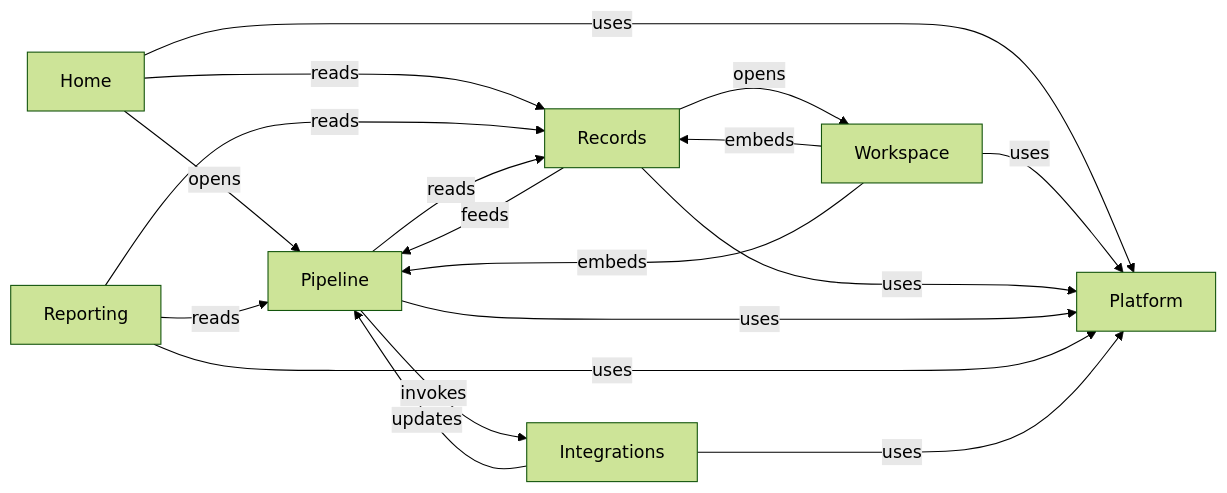
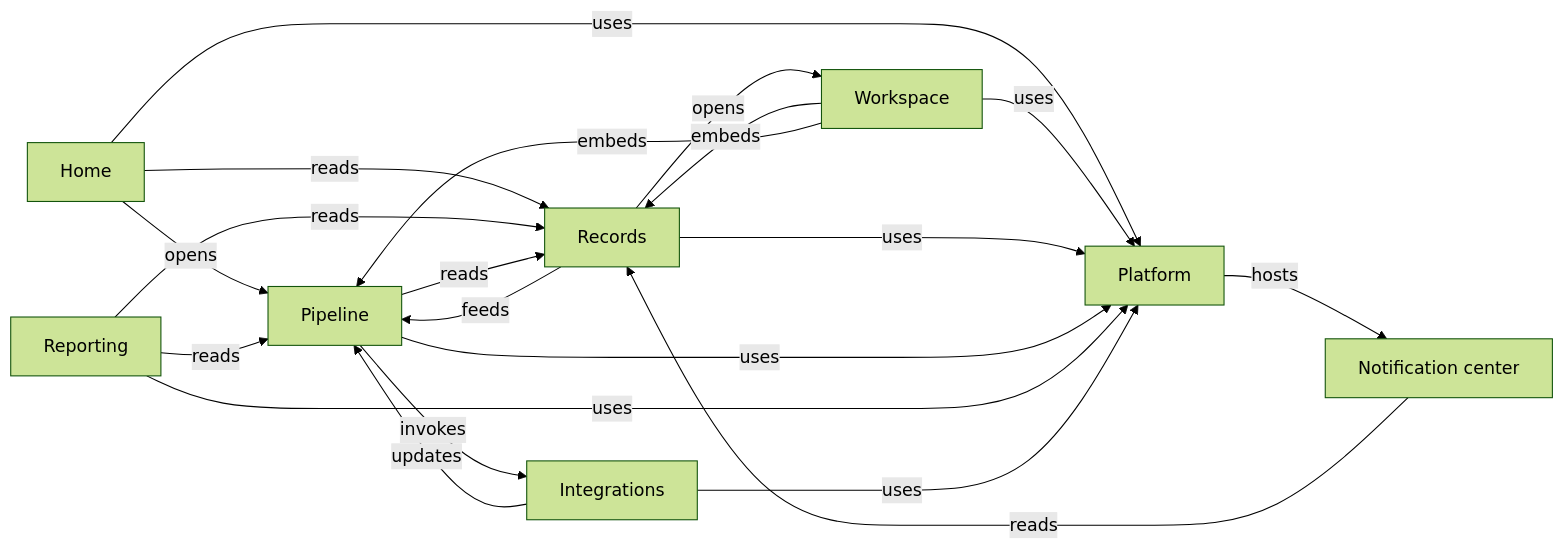
Before and after one commit to KTthanaphat/Recruitment_website: the diagram in docs/maps/SYSTEM_MAP.md, drawn with Mermaid (forest theme). The commit also changed 84 other files, not shown here.

Commit message:
Add recruitment notifications and refine records workflows

````diff
--- a/docs/maps/SYSTEM_MAP.md
+++ b/docs/maps/SYSTEM_MAP.md
@@ -15,20 +15,22 @@
 ```mermaid
 flowchart LR
   Home -->|opens| Pipeline
   Home -->|reads| Records
   Workspace -->|embeds| Records
   Workspace -->|embeds| Pipeline
   Records -->|opens| Workspace
   Records -->|feeds| Pipeline
   Reporting -->|reads| Records
   Reporting -->|reads| Pipeline
   Pipeline -->|reads| Records
   Pipeline -->|invokes| Integrations
   Integrations -->|updates| Pipeline
   Home -->|uses| Platform
   Workspace -->|uses| Platform
   Records -->|uses| Platform
   Pipeline -->|uses| Platform
   Reporting -->|uses| Platform
   Integrations -->|uses| Platform
+  Platform -->|hosts| Notifications[Notification center]
+  Notifications -->|reads| Records
 ```
````
